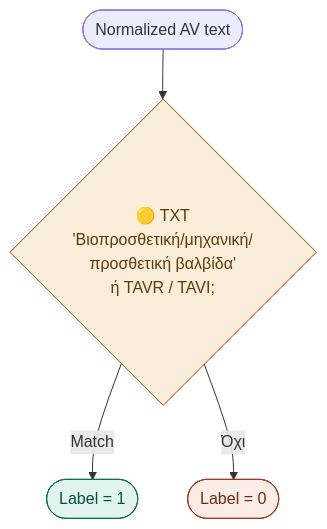
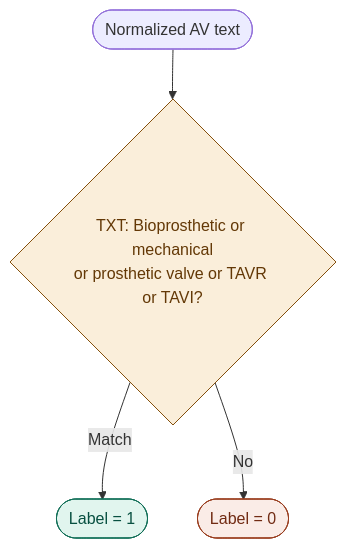
The tenth of 17 diagrams in BINARY_EXTRACTION.md (evatsioumani/Echo), drawn with Mermaid before and after one commit. The commit also changed other lines of this file, not shown here.

````diff
--- a/BINARY_EXTRACTION.md
+++ b/BINARY_EXTRACTION.md
@@ -258,10 +260,10 @@
 ```mermaid
 flowchart TD
-    A([Normalized AV text]) --> B{🟡 TXT\n'Βιοπροσθετική/μηχανική/\nπροσθετική βαλβίδα'\nή TAVR / TAVI;}
+    A([Normalized AV text]) --> B{TXT: Bioprosthetic or mechanical\nor prosthetic valve or TAVR or TAVI?}
     B -->|Match| Z1([Label = 1])
-    B -->|Όχι| Z0([Label = 0])
+    B -->|No| Z0([Label = 0])
 
     style Z1 fill:#E1F5EE,stroke:#0F6E56,color:#085041
     style Z0 fill:#FAECE7,stroke:#993C1D,color:#712B13
     style B fill:#FAEEDA,stroke:#854F0B,color:#633806
 ```
````
